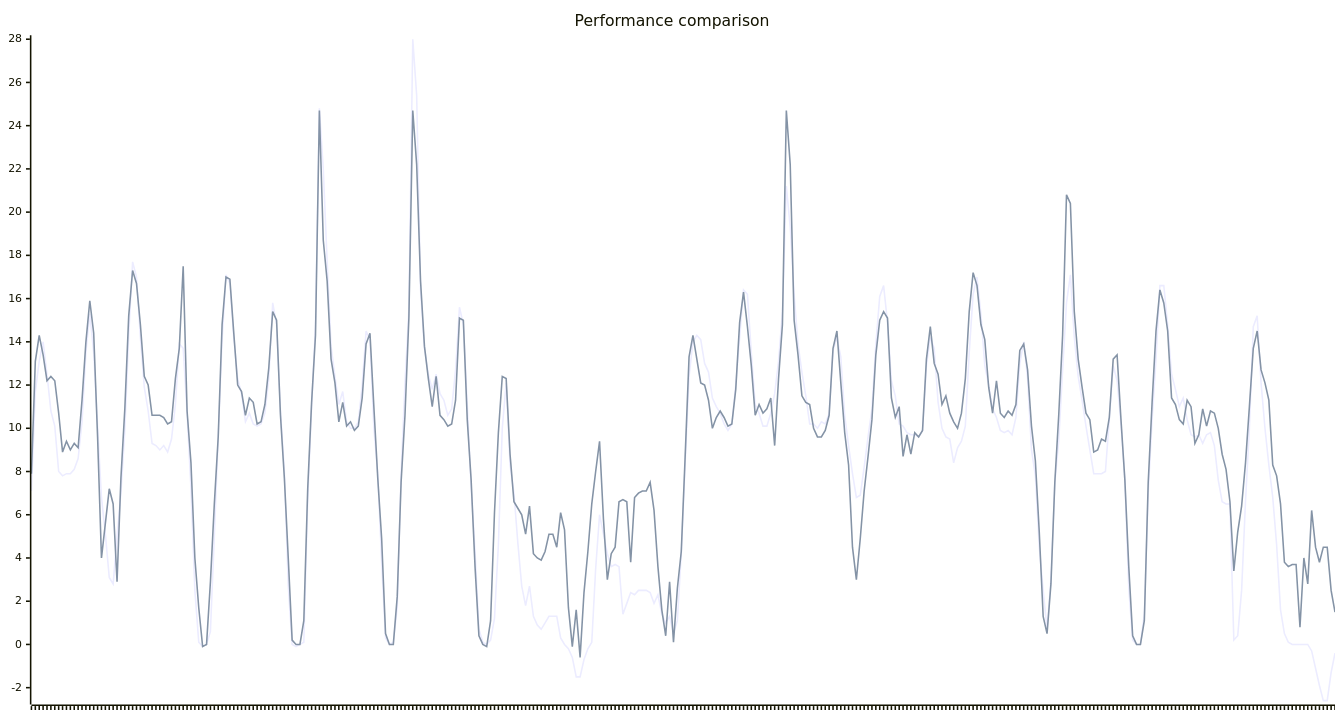
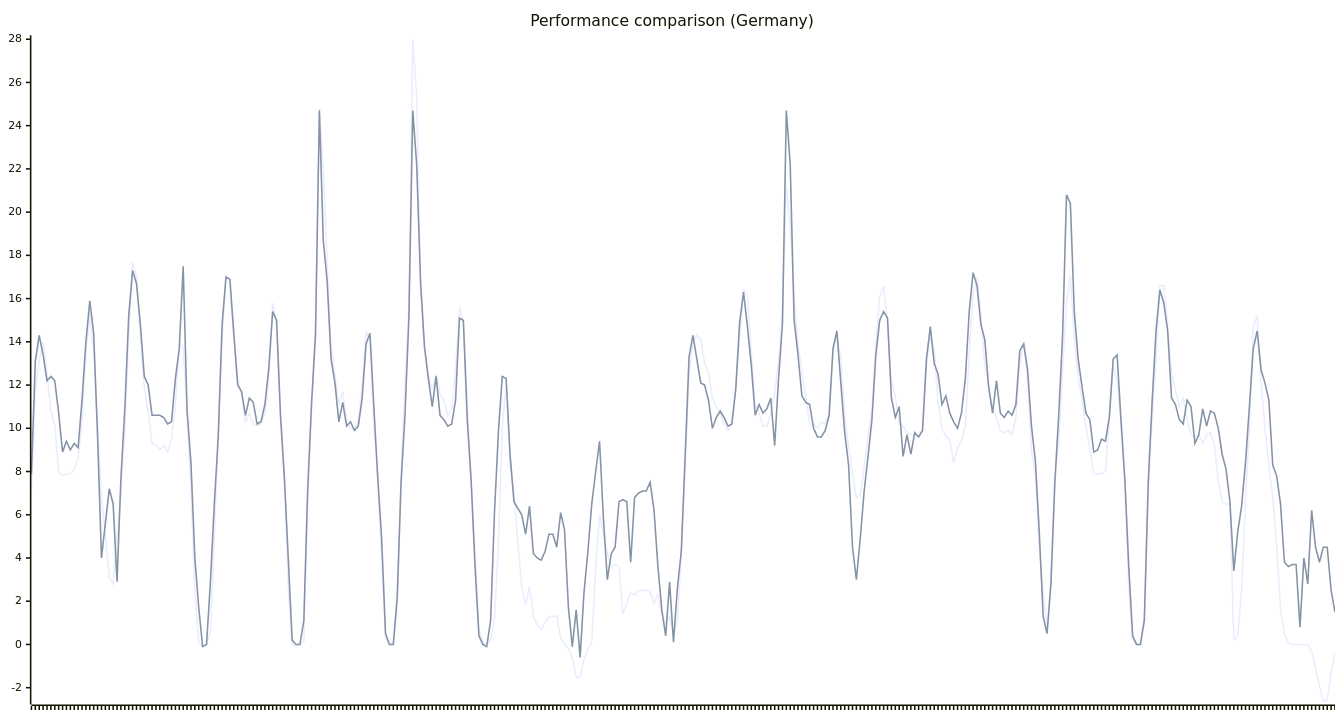
One commit to hchris1/EpexPredictor changed the diagram in README.md. Above: the diagram before and after it, drawn with Mermaid. The commit also changed other lines of this file, not shown here.

````diff
--- a/README.md
+++ b/README.md
@@ -54,16 +58,16 @@
 ```mermaid
 ---
 config:
     xyChart:
         width: 1700
         height: 900
         plotReservedSpacePercent: 80
         xAxis:
             showLabel: false
 ---
 xychart-beta
-    title "Performance comparison"
+    title "Performance comparison (Germany)"
     x-axis [1500,1501,1502,1503,1504,1505,1506,1507,1508,1509,1510,1511,1512,1513,1514,1515,1516,1517,1518,1519,1520,1521,1522,1523,1524,1525,1526,1527,1528,1529,1530,1531,1532,1533,1534,1535,1536,1537,1538,1539,1540,1541,1542,1543,1544,1545,1546,1547,1548,1549,1550,1551,1552,1553,1554,1555,1556,1557,1558,1559,1560,1561,1562,1563,1564,1565,1566,1567,1568,1569,1570,1571,1572,1573,1574,1575,1576,1577,1578,1579,1580,1581,1582,1583,1584,1585,1586,1587,1588,1589,1590,1591,1592,1593,1594,1595,1596,1597,1598,1599,1600,1601,1602,1603,1604,1605,1606,1607,1608,1609,1610,1611,1612,1613,1614,1615,1616,1617,1618,1619,1620,1621,1622,1623,1624,1625,1626,1627,1628,1629,1630,1631,1632,1633,1634,1635,1636,1637,1638,1639,1640,1641,1642,1643,1644,1645,1646,1647,1648,1649,1650,1651,1652,1653,1654,1655,1656,1657,1658,1659,1660,1661,1662,1663,1664,1665,1666,1667,1668,1669,1670,1671,1672,1673,1674,1675,1676,1677,1678,1679,1680,1681,1682,1683,1684,1685,1686,1687,1688,1689,1690,1691,1692,1693,1694,1695,1696,1697,1698,1699,1700,1701,1702,1703,1704,1705,1706,1707,1708,1709,1710,1711,1712,1713,1714,1715,1716,1717,1718,1719,1720,1721,1722,1723,1724,1725,1726,1727,1728,1729,1730,1731,1732,1733,1734,1735,1736,1737,1738,1739,1740,1741,1742,1743,1744,1745,1746,1747,1748,1749,1750,1751,1752,1753,1754,1755,1756,1757,1758,1759,1760,1761,1762,1763,1764,1765,1766,1767,1768,1769,1770,1771,1772,1773,1774,1775,1776,1777,1778,1779,1780,1781,1782,1783,1784,1785,1786,1787,1788,1789,1790,1791,1792,1793,1794,1795,1796,1797,1798,1799,1800,1801,1802,1803,1804,1805,1806,1807,1808,1809,1810,1811,1812,1813,1814,1815,1816,1817,1818,1819,1820,1821,1822,1823,1824,1825,1826,1827,1828,1829,1830,1831,1832,1833,1834,1835]
     line [7.1,11.7,13.1,14.0,12.5,10.8,10.1,8.0,7.8,7.9,7.9,8.1,8.6,10.3,13.5,15.3,13.5,10.1,6.8,5.1,3.1,2.8,5.0,7.0,9.9,14.3,17.7,17.0,14.2,11.9,10.8,9.3,9.2,9.0,9.2,8.9,9.5,11.1,13.9,13.7,10.7,7.2,2.5,0.1,-0.1,-0.0,0.6,5.0,9.6,14.1,17.1,16.7,14.2,12.3,11.6,10.3,10.7,10.2,10.1,10.2,10.7,12.3,15.8,14.8,10.8,8.0,2.7,-0.0,-0.1,-0.0,0.1,6.7,11.0,14.8,24.8,22.0,17.7,13.8,12.4,11.1,11.7,10.3,10.0,10.0,10.3,12.0,14.5,14.1,10.0,7.9,3.8,0.3,0.0,0.1,1.7,7.9,12.1,15.5,28.0,25.4,16.4,13.7,12.5,11.8,12.5,11.6,11.3,10.6,10.9,12.7,15.6,14.8,11.1,7.3,4.3,0.7,0.1,0.0,0.2,1.2,4.6,10.0,12.1,8.3,7.0,4.7,2.7,1.8,2.7,1.3,0.9,0.7,1.0,1.3,1.3,1.3,0.3,0.0,-0.2,-0.6,-1.5,-1.5,-0.7,-0.2,0.1,3.5,6.0,5.1,4.2,3.6,3.7,3.6,1.4,1.9,2.4,2.3,2.5,2.5,2.5,2.4,1.9,2.3,1.4,1.0,1.3,0.5,1.1,4.2,8.4,12.4,14.0,14.3,14.1,13.0,12.6,11.4,11.0,10.7,10.2,9.9,10.2,12.0,14.2,16.4,16.2,13.5,11.1,10.7,10.1,10.1,10.7,11.6,13.1,15.4,21.2,19.3,16.2,13.9,12.6,11.5,10.2,10.2,10.0,10.3,10.2,10.7,13.6,14.2,13.3,10.6,9.2,7.9,6.8,6.9,8.2,9.6,10.9,13.9,16.1,16.6,14.9,12.2,11.5,10.2,10.1,9.8,9.7,9.7,9.6,9.9,12.9,14.2,13.7,11.2,10.0,9.6,9.5,8.4,9.1,9.4,10.1,13.5,16.2,17.0,15.3,12.9,12.0,10.9,10.5,9.9,9.8,9.9,9.7,10.5,13.0,14.0,12.3,9.0,7.8,4.5,2.5,0.7,3.0,7.5,9.4,12.7,15.8,17.1,14.2,12.4,11.3,10.1,9.0,7.9,7.9,7.9,8.0,10.4,12.9,12.2,10.2,7.6,2.6,0.2,-0.0,-0.0,1.4,7.0,10.4,13.2,16.6,16.6,14.8,12.5,11.8,11.0,11.4,10.4,9.7,9.6,9.7,9.3,9.7,9.8,9.2,7.6,6.6,6.5,6.5,0.2,0.4,2.5,6.6,10.0,14.7,15.2,12.1,10.0,8.3,6.8,4.6,1.6,0.5,0.1,0.0,0.0,0.0,-0.0,-0.0,-0.3,-1.1,-1.9,-2.6,-2.6,-1.3,-0.4]
     line [7.9,13.1,14.3,13.4,12.2,12.4,12.2,10.7,8.9,9.4,9.0,9.3,9.1,11.3,14.0,15.9,14.4,9.6,4.0,5.6,7.2,6.5,2.9,7.7,10.9,15.2,17.3,16.7,14.8,12.4,12.0,10.6,10.6,10.6,10.5,10.2,10.3,12.3,13.7,17.5,10.8,8.4,4.0,1.7,-0.1,0.0,2.9,6.5,9.6,14.8,17.0,16.9,14.4,12.0,11.7,10.6,11.4,11.2,10.2,10.3,11.1,12.8,15.4,15.0,10.6,7.7,4.0,0.2,-0.0,0.0,1.1,7.2,11.2,14.3,24.7,18.7,16.8,13.2,12.1,10.3,11.2,10.1,10.3,9.9,10.1,11.4,13.9,14.4,11.0,7.7,4.9,0.5,-0.0,0.0,2.2,7.5,10.6,15.1,24.7,22.2,16.8,13.8,12.3,11.0,12.4,10.6,10.4,10.1,10.2,11.3,15.1,15.0,10.4,7.6,3.6,0.4,0.0,-0.1,1.1,6.1,9.8,12.4,12.3,8.8,6.6,6.3,6.0,5.1,6.4,4.2,4.0,3.9,4.3,5.1,5.1,4.5,6.1,5.3,1.7,-0.1,1.6,-0.6,2.4,4.3,6.5,8.0,9.4,5.8,3.0,4.2,4.5,6.6,6.7,6.6,3.8,6.8,7.0,7.1,7.1,7.5,6.2,3.6,1.6,0.4,2.9,0.1,2.6,4.3,8.7,13.3,14.3,13.2,12.1,12.0,11.3,10.0,10.5,10.8,10.5,10.1,10.2,11.8,14.9,16.3,14.7,12.9,10.6,11.1,10.7,10.9,11.4,9.2,12.3,14.8,24.7,22.2,15.0,13.4,11.5,11.2,11.1,10.0,9.6,9.6,9.9,10.6,13.7,14.5,12.1,9.8,8.3,4.5,3.0,4.9,7.1,8.7,10.4,13.4,15.0,15.4,15.1,11.4,10.5,11.0,8.7,9.7,8.8,9.8,9.6,9.9,13.2,14.7,13.0,12.5,11.1,11.5,10.7,10.3,10.0,10.7,12.3,15.4,17.2,16.6,14.8,14.1,11.9,10.7,12.2,10.7,10.5,10.8,10.6,11.1,13.6,13.9,12.7,10.1,8.5,5.2,1.3,0.5,2.8,7.5,10.6,14.3,20.8,20.4,15.4,13.2,11.9,10.7,10.4,8.9,9.0,9.5,9.4,10.5,13.2,13.4,10.4,7.6,3.6,0.4,-0.0,0.0,1.1,7.5,11.2,14.5,16.4,15.8,14.5,11.4,11.1,10.4,10.2,11.3,11.0,9.3,9.7,10.9,10.1,10.8,10.7,10.0,8.8,8.1,6.6,3.4,5.2,6.4,8.4,11.0,13.7,14.5,12.7,12.1,11.3,8.3,7.8,6.5,3.8,3.6,3.7,3.7,0.8,4.0,2.8,6.2,4.5,3.8,4.5,4.5,2.5,1.5]
 ```
````
